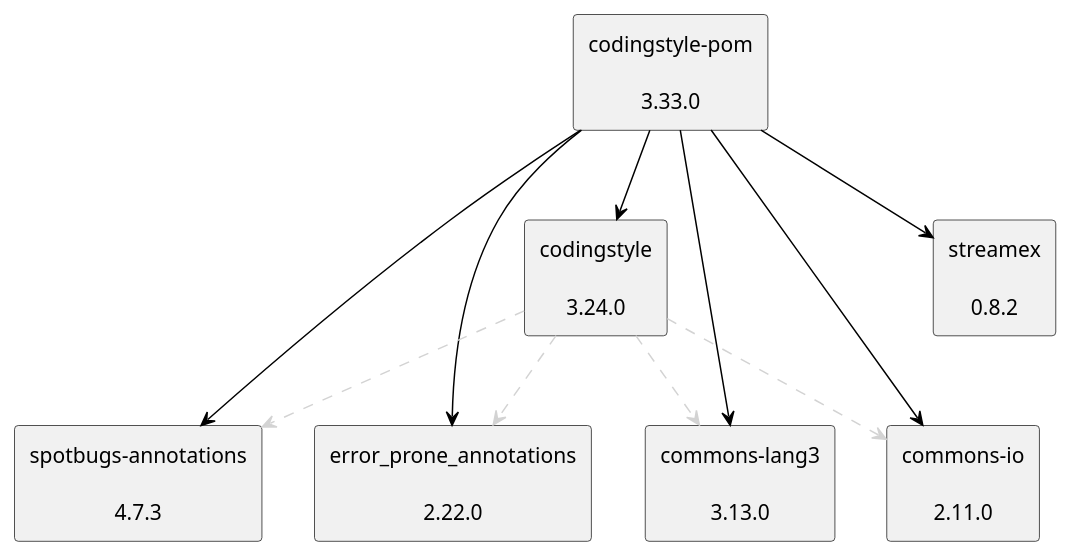
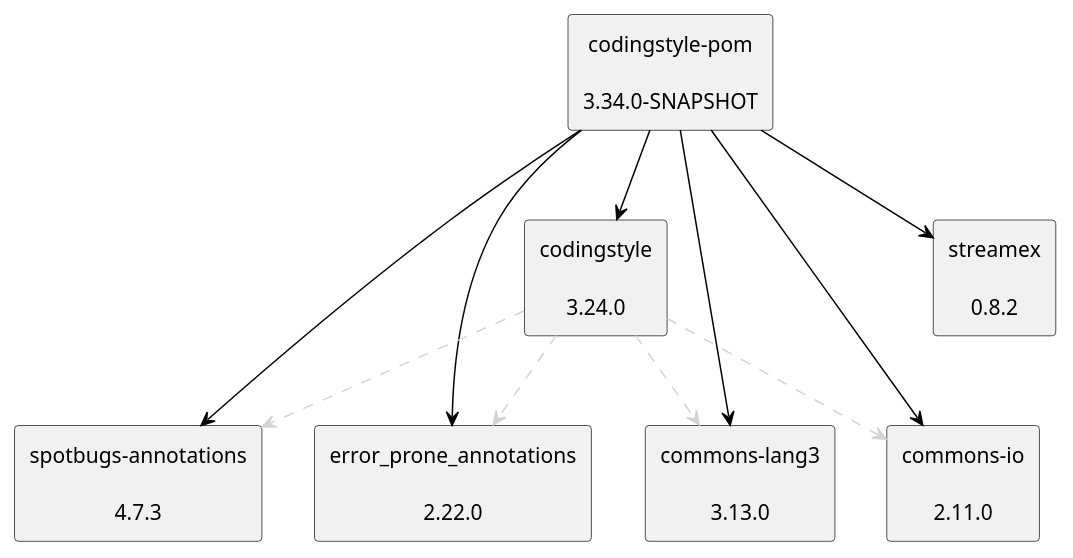
Before and after one commit to uhafner/codingstyle-pom: the diagram in doc/dependency-graph.puml, drawn with PlantUML. The commit also changed 2 other files, not shown here.

```diff
--- a/doc/dependency-graph.puml
+++ b/doc/dependency-graph.puml
@@ -1,26 +1,26 @@
 @startuml
 skinparam defaultTextAlignment center
 skinparam rectangle {
   BackgroundColor<<optional>> beige
   BackgroundColor<<test>> lightGreen
   BackgroundColor<<runtime>> lightBlue
   BackgroundColor<<provided>> lightGray
 }
-rectangle "codingstyle-pom\n\n3.33.0" as edu_hm_hafner_codingstyle_pom_pom
+rectangle "codingstyle-pom\n\n3.34.0-SNAPSHOT" as edu_hm_hafner_codingstyle_pom_pom
 rectangle "spotbugs-annotations\n\n4.7.3" as com_github_spotbugs_spotbugs_annotations_jar
 rectangle "error_prone_annotations\n\n2.22.0" as com_google_errorprone_error_prone_annotations_jar
 rectangle "streamex\n\n0.8.2" as one_util_streamex_jar
 rectangle "codingstyle\n\n3.24.0" as edu_hm_hafner_codingstyle_jar
 rectangle "commons-lang3\n\n3.13.0" as org_apache_commons_commons_lang3_jar
 rectangle "commons-io\n\n2.11.0" as commons_io_commons_io_jar
 edu_hm_hafner_codingstyle_pom_pom -[#000000]-> com_github_spotbugs_spotbugs_annotations_jar
 edu_hm_hafner_codingstyle_pom_pom -[#000000]-> com_google_errorprone_error_prone_annotations_jar
 edu_hm_hafner_codingstyle_pom_pom -[#000000]-> one_util_streamex_jar
 edu_hm_hafner_codingstyle_jar .[#D3D3D3].> com_github_spotbugs_spotbugs_annotations_jar
 edu_hm_hafner_codingstyle_jar .[#D3D3D3].> com_google_errorprone_error_prone_annotations_jar
 edu_hm_hafner_codingstyle_jar .[#D3D3D3].> org_apache_commons_commons_lang3_jar
 edu_hm_hafner_codingstyle_jar .[#D3D3D3].> commons_io_commons_io_jar
 edu_hm_hafner_codingstyle_pom_pom -[#000000]-> edu_hm_hafner_codingstyle_jar
 edu_hm_hafner_codingstyle_pom_pom -[#000000]-> org_apache_commons_commons_lang3_jar
 edu_hm_hafner_codingstyle_pom_pom -[#000000]-> commons_io_commons_io_jar
 @enduml
```
